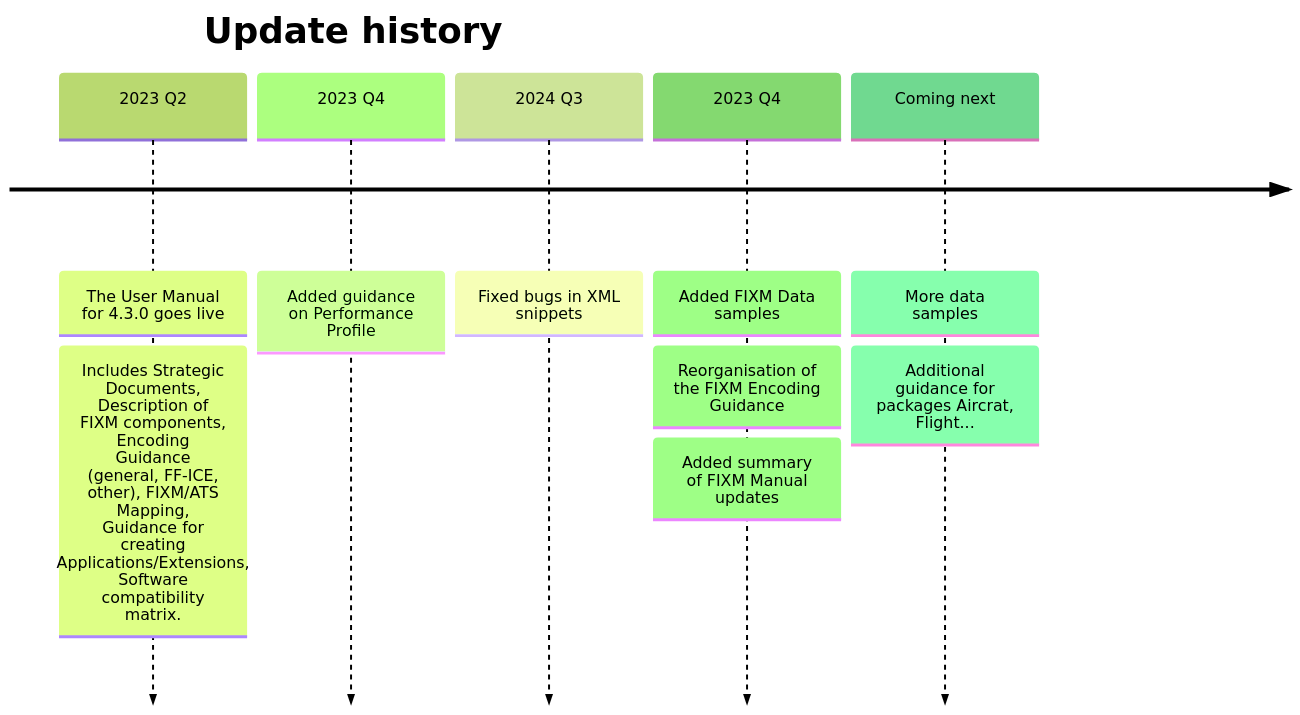
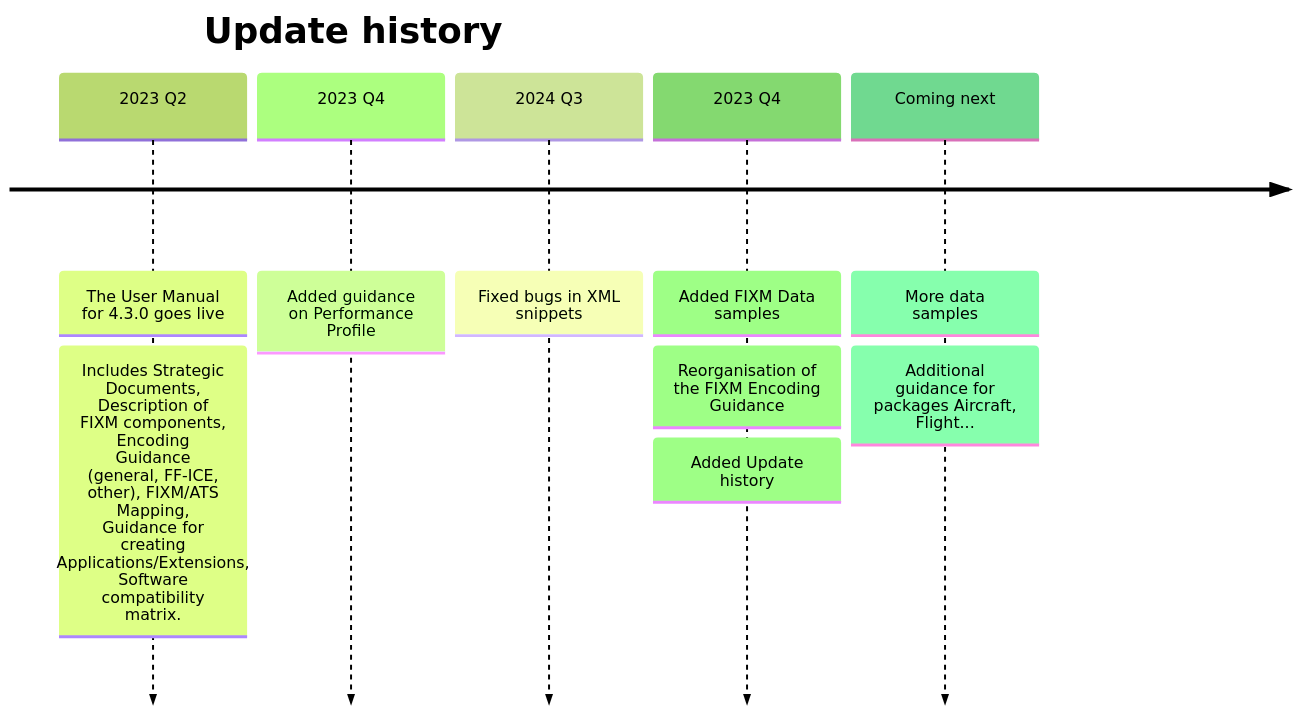
Before and after one commit to fixm-ccb/sandbox: the diagram in docs/topic3/test_fx_flight.md, drawn with Mermaid.

````diff
--- a/docs/topic3/test_fx_flight.md
+++ b/docs/topic3/test_fx_flight.md
@@ -4,14 +4,14 @@
 ```mermaid
 %%{init: { 'logLevel': 'debug', 'theme': 'forest' } }%%
 timeline
   title Update history
     2023 Q2 : The User Manual for 4.3.0 goes live
             : Includes Strategic Documents, Description of FIXM components, Encoding Guidance (general, FF-ICE, other), FIXM/ATS Mapping, Guidance for creating Applications/Extensions, Software compatibility matrix.
     2023 Q4 : Added guidance on Performance Profile
     2024 Q3 : Fixed bugs in XML snippets
     2023 Q4 : Added FIXM Data samples
             : Reorganisation of the FIXM Encoding Guidance
-            : Added summary of FIXM Manual updates
+            : Added Update history
     Coming next : More data samples
-                : Additional guidance for packages Aircrat, Flight...
+                : Additional guidance for packages Aircraft, Flight...
 ```
````
